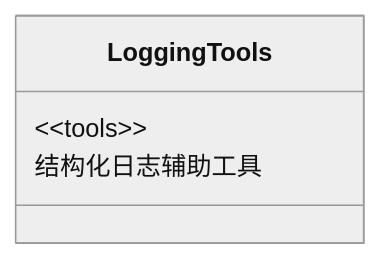
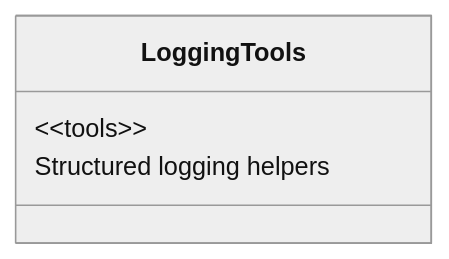
The diagram in docs/reference/mbse/generated/bdd-tools.md (cislunarspace/e2m2e), drawn with Mermaid (neutral theme) before and after one commit. The commit also changed other lines of this file and 116 other files, not shown here.

````diff
--- a/docs/reference/mbse/generated/bdd-tools.md
+++ b/docs/reference/mbse/generated/bdd-tools.md
@@ -11,7 +11,7 @@
 ```mermaid
 classDiagram
     class LoggingTools {
         &lt;&lt;tools&gt;&gt;
-        结构化日志辅助工具
+        Structured logging helpers
     }
 ```
````
